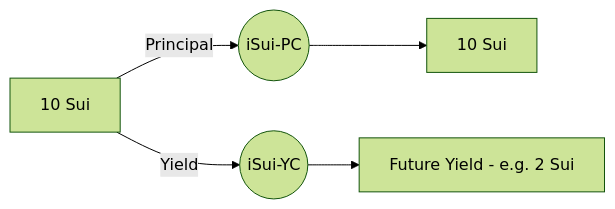
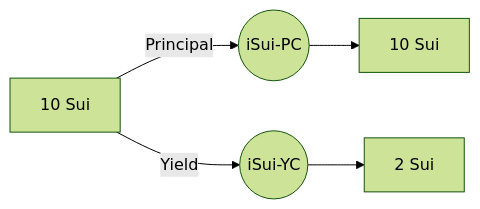
Before and after one commit to interest-protocol/interest-lst: the second of 2 diagrams in README.md, drawn with Mermaid (forest theme).

````diff
--- a/README.md
+++ b/README.md
@@ -45,7 +45,7 @@
 ```mermaid
 graph LR
 A[10 Sui] -- Principal --> B((iSui-PC))
 A -- Yield --> C((iSui-YC))
 B --> D[10 Sui]
-C --> E[Future Yield - e.g. 2 Sui]
+C --> E[2 Sui]
 ```
````
